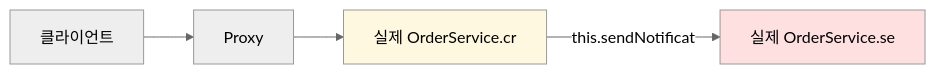
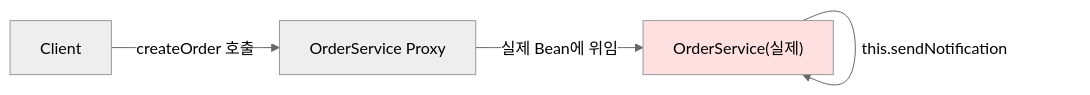
One commit to yjkim2015/yjkim2015.github.io changed the second of 2 diagrams in _posts/spring/2026-05-01-spring-aop.md. Above: the diagram before and after it, drawn with Mermaid (neutral theme). The commit also changed other lines of this file and 4 other files, not shown here.

````diff
--- a/_posts/spring/2026-05-01-spring-aop.md
+++ b/_posts/spring/2026-05-01-spring-aop.md
@@ -402,8 +858,7 @@
 ```mermaid
 graph LR
-    C["클라이언트"] --> P["Proxy"]
-    P --> R["실제 OrderService.cr"]
-    R -->|"this.sendNotificat"| N["실제 OrderService.se"]
-    style N fill:#ffe0e0
-    style R fill:#fff8e0
+    A["Client"] -->|"createOrder 호출"| B["OrderService Proxy"]
+    B -->|"실제 Bean에 위임"| C["OrderService(실제)"]
+    C -->|"this.sendNotification"| C
+    style C fill:#ffe0e0
 ```
````
